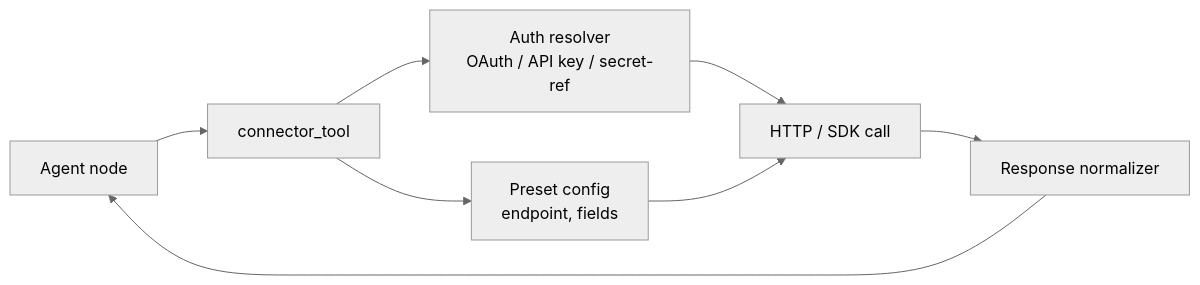
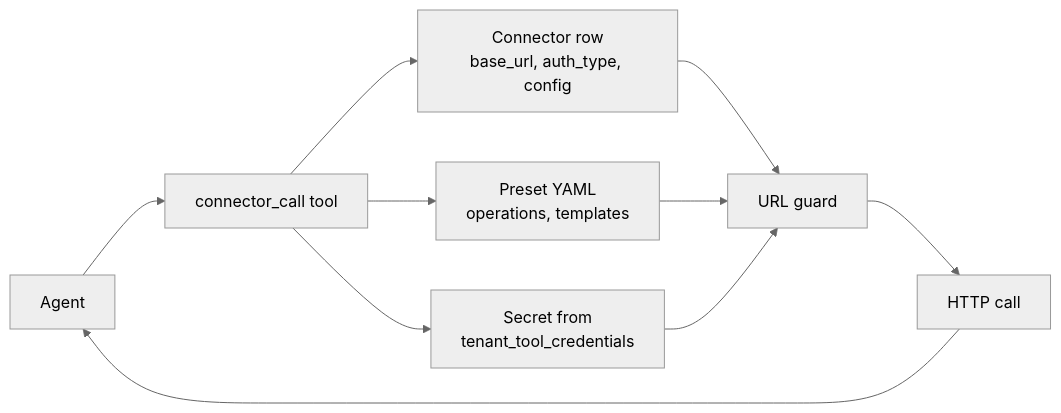
Before and after one commit to sarkar4777/abenix: the diagram in apps/web/public/dev-docs/02-runtime/14-connectors-and-triggers.md, drawn with Mermaid (neutral theme). The commit also changed other lines of this file and 623 other files, not shown here.

````diff
--- a/apps/web/public/dev-docs/02-runtime/14-connectors-and-triggers.md
+++ b/apps/web/public/dev-docs/02-runtime/14-connectors-and-triggers.md
@@ -12,10 +12,12 @@
 ```mermaid
 flowchart LR
-  A[Agent node] --> CT[connector_tool]
-  CT --> AUTH[Auth resolver<br/>OAuth / API key / secret-ref]
-  CT --> P[Preset config<br/>endpoint, fields]
-  AUTH --> CALL[HTTP / SDK call]
-  P --> CALL
-  CALL --> NORM[Response normalizer]
-  NORM --> A
+  A[Agent] --> CT[connector_call tool]
+  CT --> C[Connector row<br/>base_url, auth_type, config]
+  CT --> P[Preset YAML<br/>operations, templates]
+  CT --> S[Secret from<br/>tenant_tool_credentials]
+  C --> G[URL guard]
+  P --> G
+  S --> G
+  G --> CALL[HTTP call]
+  CALL --> A
 ```
````
